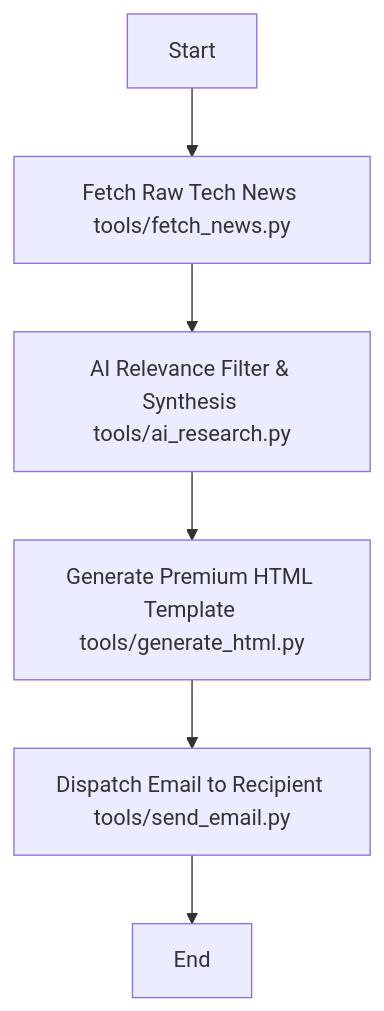
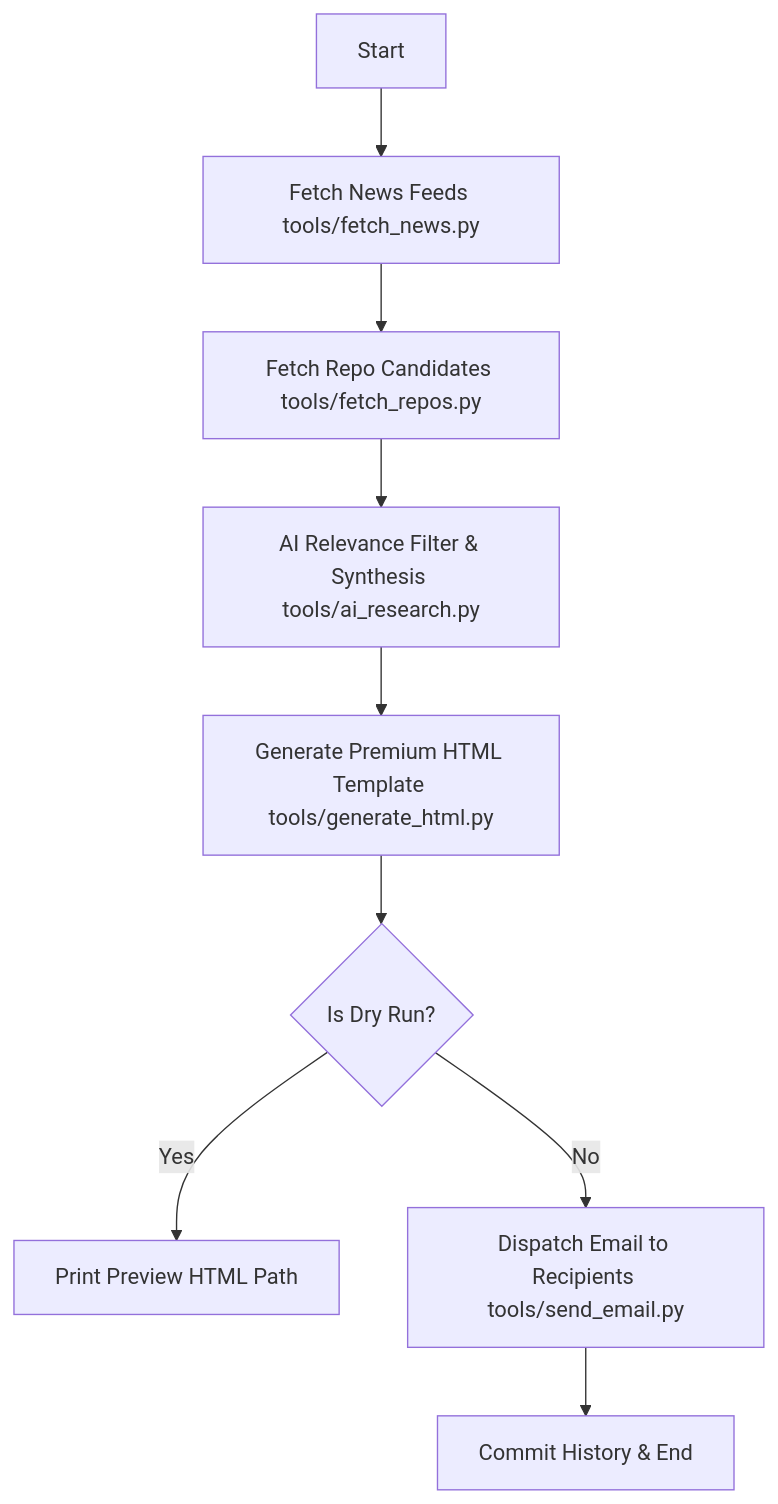
One commit to Shubham-PDF/newsletter-automation changed the diagram in workflows/newsletter_generation.md. Above: the diagram before and after it, drawn with Mermaid. The commit also changed other lines of this file, not shown here.

````diff
--- a/workflows/newsletter_generation.md
+++ b/workflows/newsletter_generation.md
@@ -23,8 +26,11 @@
 ```mermaid
 graph TD
-    A[Start] --> B[Fetch Raw Tech News tools/fetch_news.py]
-    B --> C[AI Relevance Filter & Synthesis tools/ai_research.py]
-    C --> D[Generate Premium HTML Template tools/generate_html.py]
-    D --> E[Dispatch Email to Recipient tools/send_email.py]
-    E --> F[End]
+    A[Start] --> B[Fetch News Feeds tools/fetch_news.py]
+    B --> C[Fetch Repo Candidates tools/fetch_repos.py]
+    C --> D[AI Relevance Filter & Synthesis tools/ai_research.py]
+    D --> E[Generate Premium HTML Template tools/generate_html.py]
+    E --> F{Is Dry Run?}
+    F -- Yes --> G[Print Preview HTML Path]
+    F -- No --> H[Dispatch Email to Recipients tools/send_email.py]
+    H --> I[Commit History & End]
 ```
````
